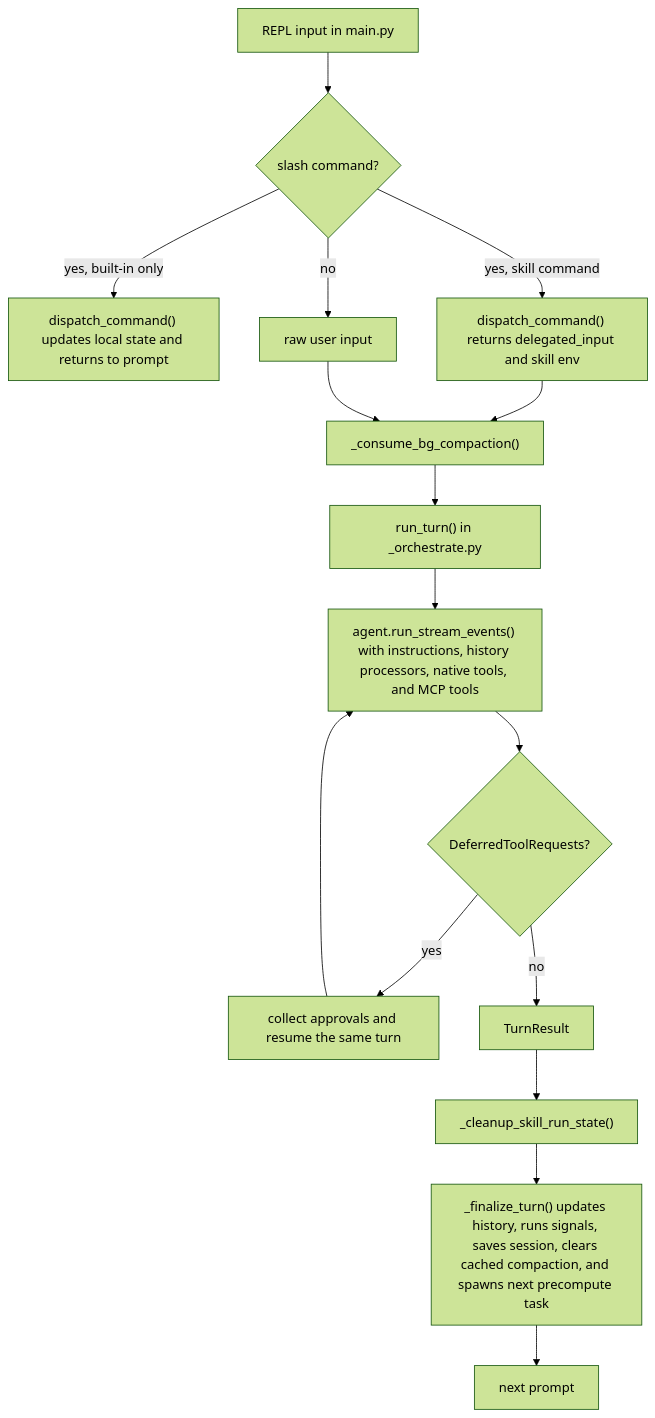
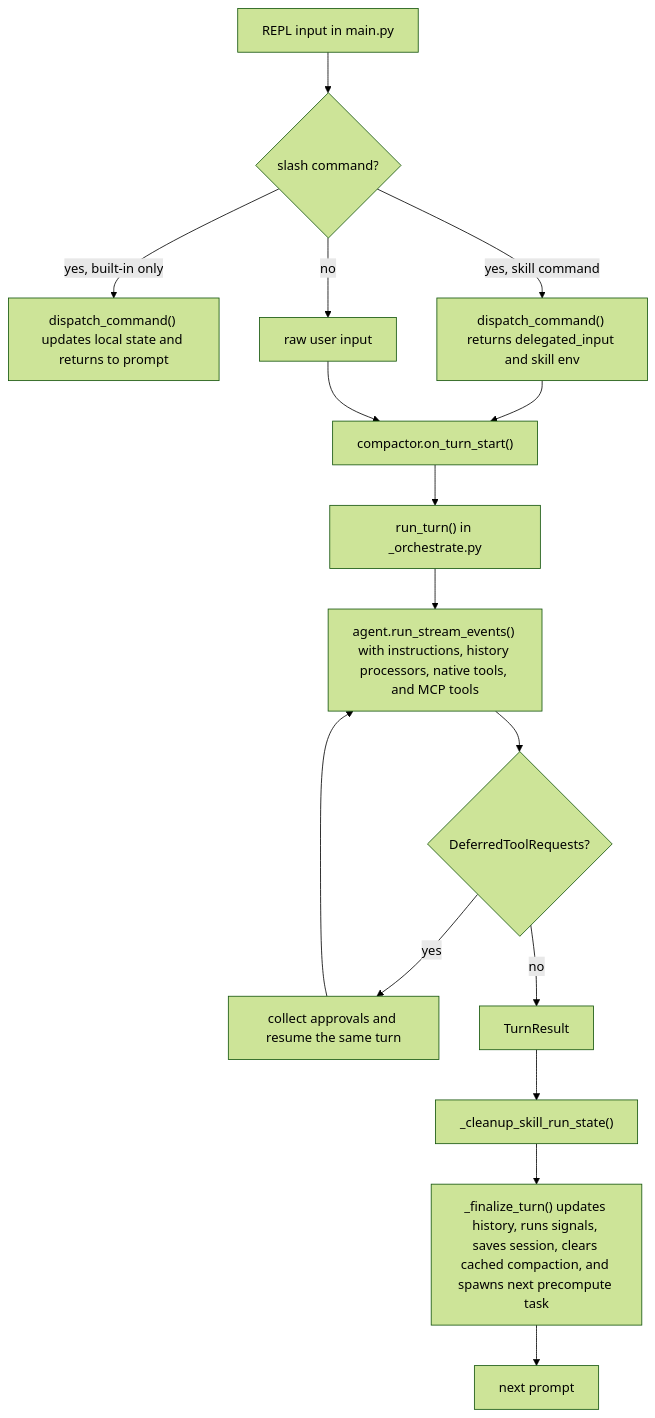
Before and after one commit to binlecode/co-cli: the first of 3 diagrams in docs/DESIGN-core-loop.md, drawn with Mermaid (forest theme). The commit also changed other lines of this file and 7 other files, not shown here.

````diff
--- a/docs/DESIGN-core-loop.md
+++ b/docs/DESIGN-core-loop.md
@@ -15,20 +15,20 @@
 ```mermaid
 flowchart TD
     A["REPL input in main.py"] --> B{"slash command?"}
     B -->|yes, built-in only| C["dispatch_command() updates local state and returns to prompt"]
     B -->|yes, skill command| D["dispatch_command() returns delegated_input and skill env"]
     B -->|no| E["raw user input"]
 
-    D --> F["_consume_bg_compaction()"]
+    D --> F["compactor.on_turn_start()"]
     E --> F
     F --> G["run_turn() in _orchestrate.py"]
     G --> H["agent.run_stream_events() with instructions, history processors, native tools, and MCP tools"]
     H --> I{"DeferredToolRequests?"}
     I -->|yes| J["collect approvals and resume the same turn"]
     J --> H
     I -->|no| K["TurnResult"]
 
     K --> L["_cleanup_skill_run_state()"]
     L --> M["_finalize_turn() updates history, runs signals, saves session, clears cached compaction, and spawns next precompute task"]
     M --> N["next prompt"]
 ```
````
